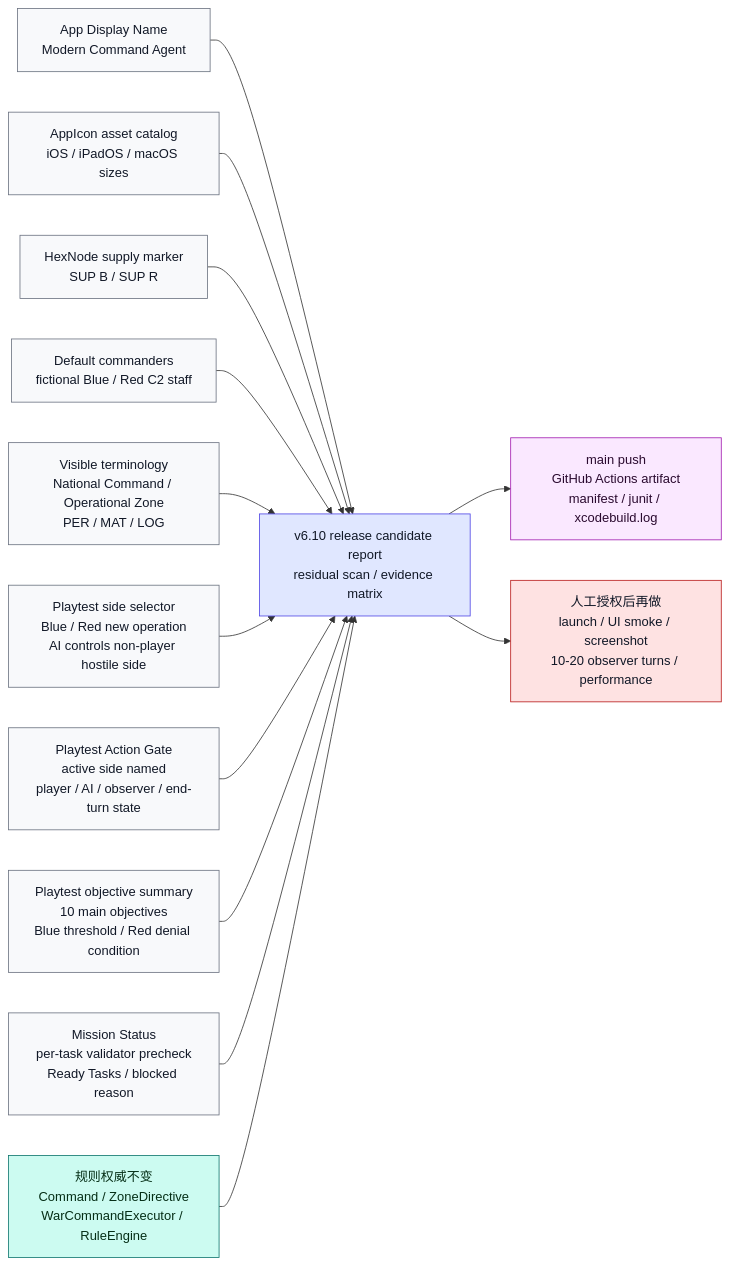
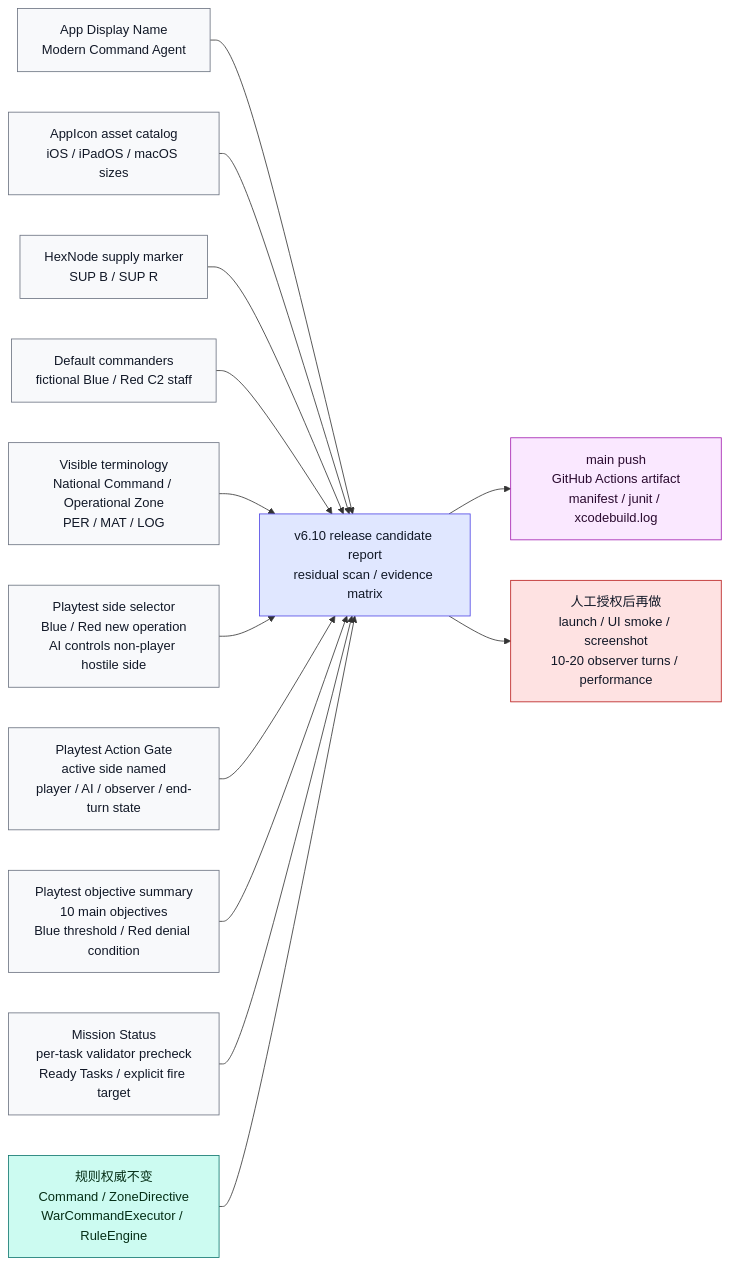
Diagram 12 of 20 in md/flow/flowchart.md (Altman-sam114/127), drawn with Mermaid before and after one commit. The commit also changed other lines of this file and 8 other files, not shown here.

````diff
--- a/md/flow/flowchart.md
+++ b/md/flow/flowchart.md
@@ -360,35 +360,35 @@
 ```mermaid
 flowchart LR
     DISPLAY["App Display Name<br/>Modern Command Agent"]:::display
     ICON["AppIcon asset catalog<br/>iOS / iPadOS / macOS sizes"]:::display
     MAP["HexNode supply marker<br/>SUP B / SUP R"]:::display
     COMMANDERS["Default commanders<br/>fictional Blue / Red C2 staff"]:::display
     TERMS["Visible terminology<br/>National Command / Operational Zone<br/>PER / MAT / LOG"]:::display
     REPORT["v6.10 release candidate report<br/>residual scan / evidence matrix"]:::doc
     RULES["规则权威不变<br/>Command / ZoneDirective<br/>WarCommandExecutor / RuleEngine"]:::rules
     CLOUD["main push<br/>GitHub Actions artifact<br/>manifest / junit / xcodebuild.log"]:::cloud
     SIDE["Playtest side selector<br/>Blue / Red new operation<br/>AI controls non-player hostile side"]:::display
     GATE["Playtest Action Gate<br/>active side named<br/>player / AI / observer / end-turn state"]:::display
     OBJ["Playtest objective summary<br/>10 main objectives<br/>Blue threshold / Red denial condition"]:::display
-    MISSION["Mission Status<br/>per-task validator precheck<br/>Ready Tasks / blocked reason"]:::display
+    MISSION["Mission Status<br/>per-task validator precheck<br/>Ready Tasks / explicit fire target"]:::display
     RUNTIME["人工授权后再做<br/>launch / UI smoke / screenshot<br/>10-20 observer turns / performance"]:::risk
 
     DISPLAY --> REPORT
     ICON --> REPORT
     MAP --> REPORT
     COMMANDERS --> REPORT
     TERMS --> REPORT
     SIDE --> REPORT
     GATE --> REPORT
     OBJ --> REPORT
     MISSION --> REPORT
     RULES --> REPORT
     REPORT --> CLOUD
     REPORT --> RUNTIME
 
     classDef display fill:#f8f9fb,stroke:#6b7280,color:#111827
     classDef doc fill:#e0e7ff,stroke:#4f46e5,color:#111827
     classDef rules fill:#ccfbf1,stroke:#0f766e,color:#052e16
     classDef cloud fill:#fae8ff,stroke:#a21caf,color:#2a0a2f
     classDef risk fill:#fee2e2,stroke:#b91c1c,color:#111827
 ```
````
